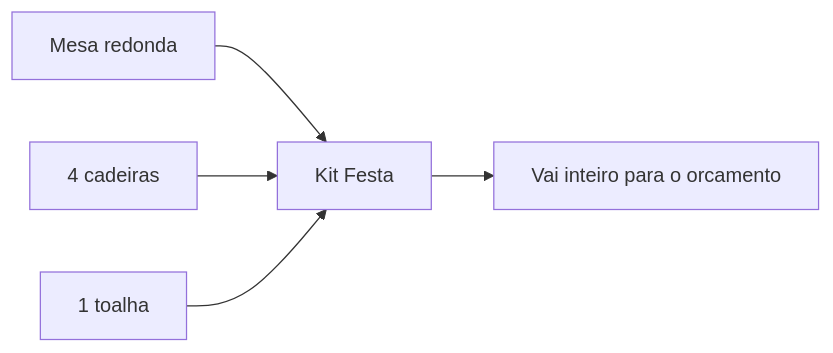
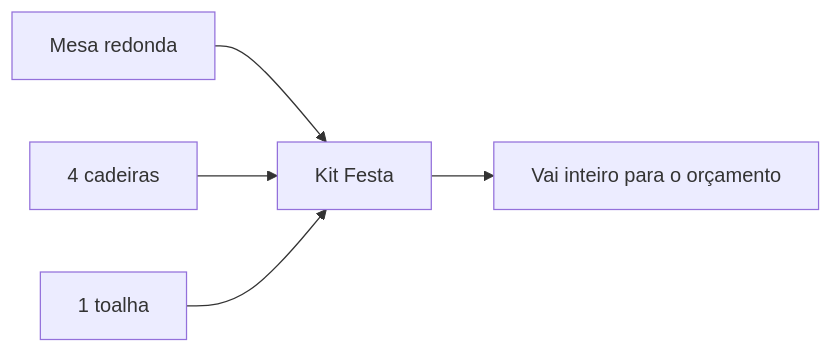
One commit to LocFlowTeam/locflow-docs changed the first of 3 diagrams in cadastros/catalogo-kits.md. Above: the diagram before and after it, drawn with Mermaid. The commit also changed other lines of this file and 18 other files, not shown here.

````diff
--- a/cadastros/catalogo-kits.md
+++ b/cadastros/catalogo-kits.md
@@ -18,7 +18,7 @@
 ```mermaid
 flowchart LR
     P1[Mesa redonda] --> K[Kit Festa]
     P2[4 cadeiras] --> K
     P3[1 toalha] --> K
-    K --> O[Vai inteiro para o orcamento]
+    K --> O[Vai inteiro para o orçamento]
 ```
````
